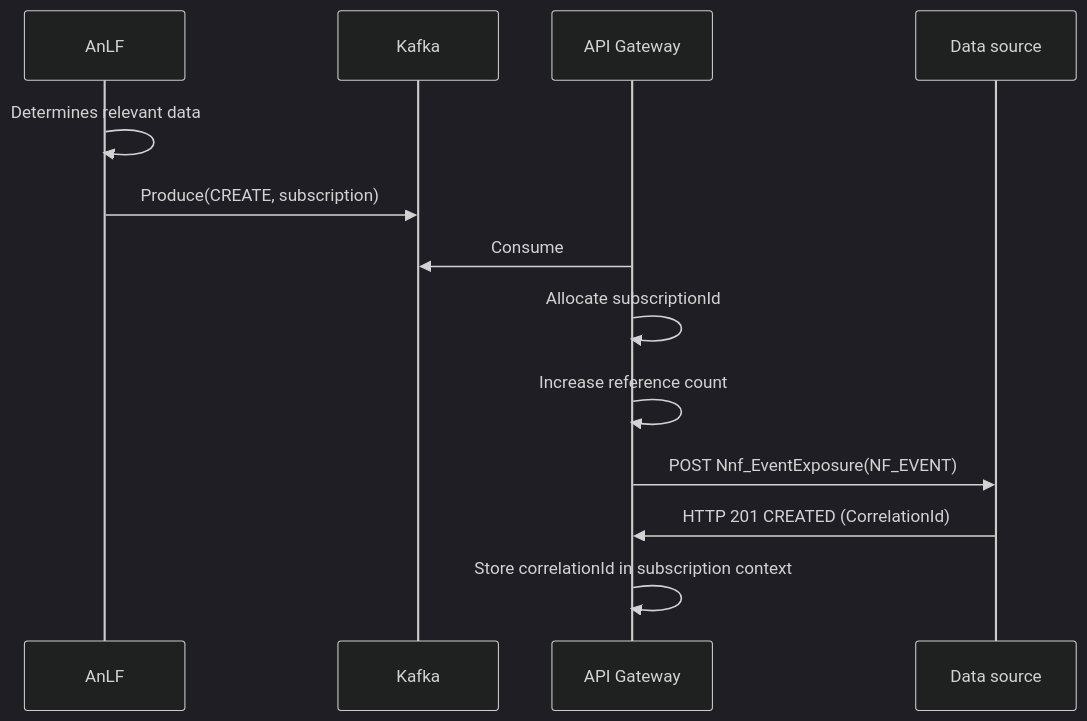
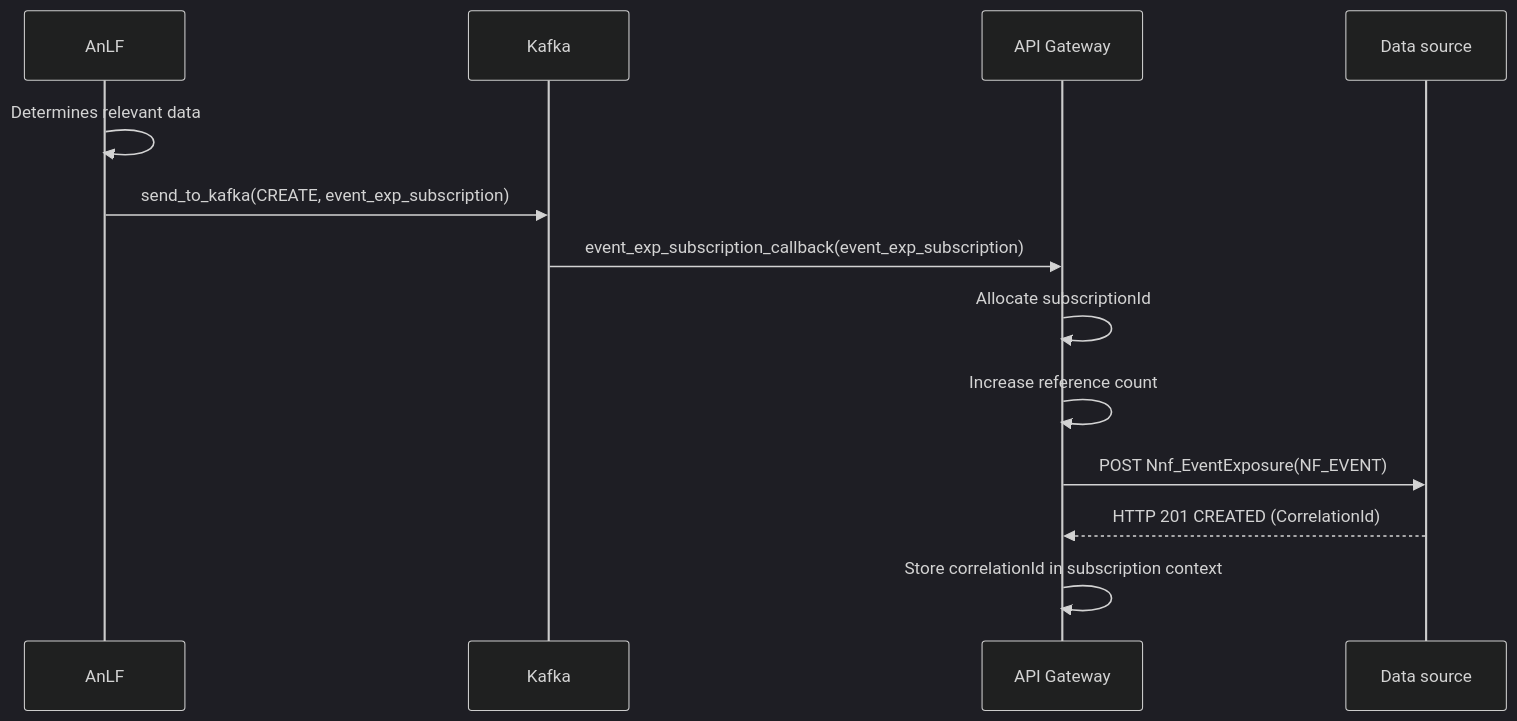
The third of 6 diagrams in docs/Kafka_Topics_Specification.md (merce-fra/5G-NWDAF), drawn with Mermaid (dark theme) before and after one commit. The commit also changed other lines of this file and 6 other files, not shown here.

````diff
--- a/docs/Kafka_Topics_Specification.md
+++ b/docs/Kafka_Topics_Specification.md
@@ -116,15 +115,15 @@
 ```mermaid
 sequenceDiagram
     participant AN as AnLF
     participant K as Kafka
     participant AG as API Gateway
     participant D as Data source
     AN ->> AN: Determines relevant data
-    AN ->> K: Produce(CREATE, subscription)
-    AG ->> K: Consume
+    AN ->> K: send_to_kafka(CREATE, event_exp_subscription)
+    K ->> AG: event_exp_subscription_callback(event_exp_subscription)
     AG ->> AG: Allocate subscriptionId
     AG ->> AG: Increase reference count
     AG ->> D: POST Nnf_EventExposure(NF_EVENT)
-    D ->> AG: HTTP 201 CREATED (CorrelationId)
+    D -->> AG: HTTP 201 CREATED (CorrelationId)
     AG ->> AG: Store correlationId in subscription context
 ```
````
